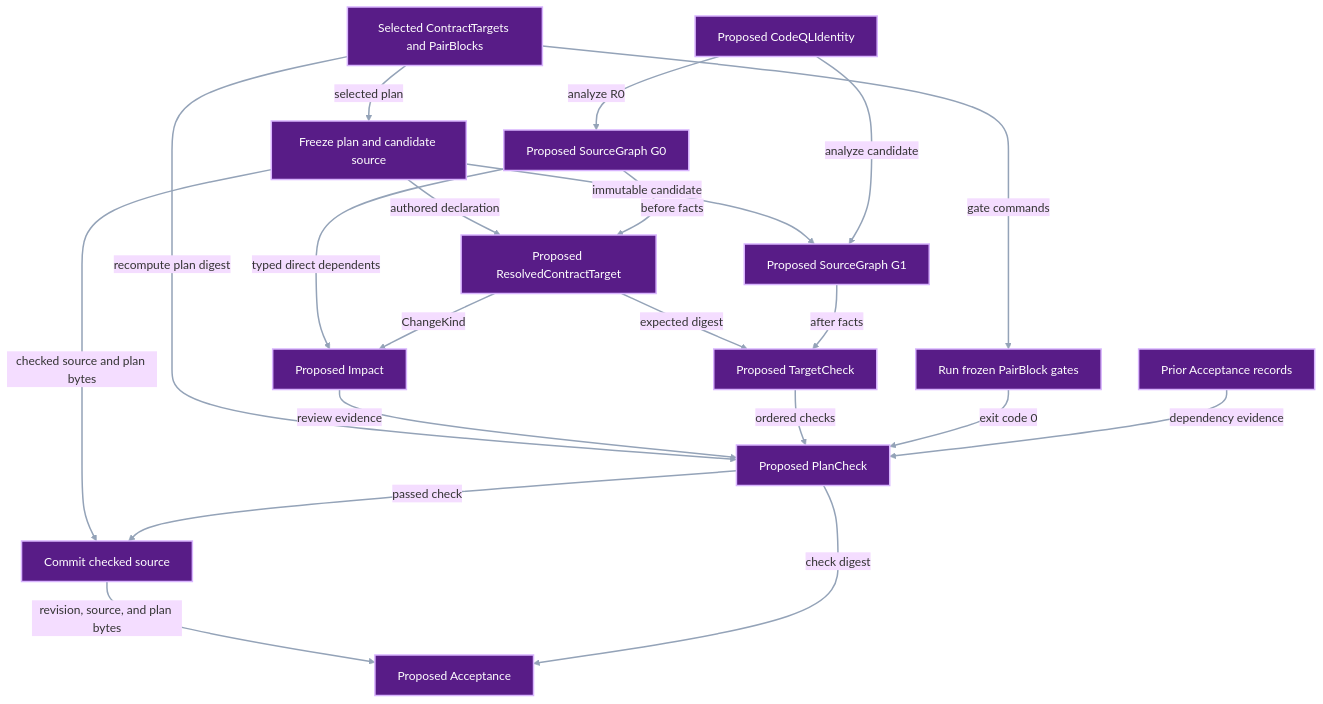
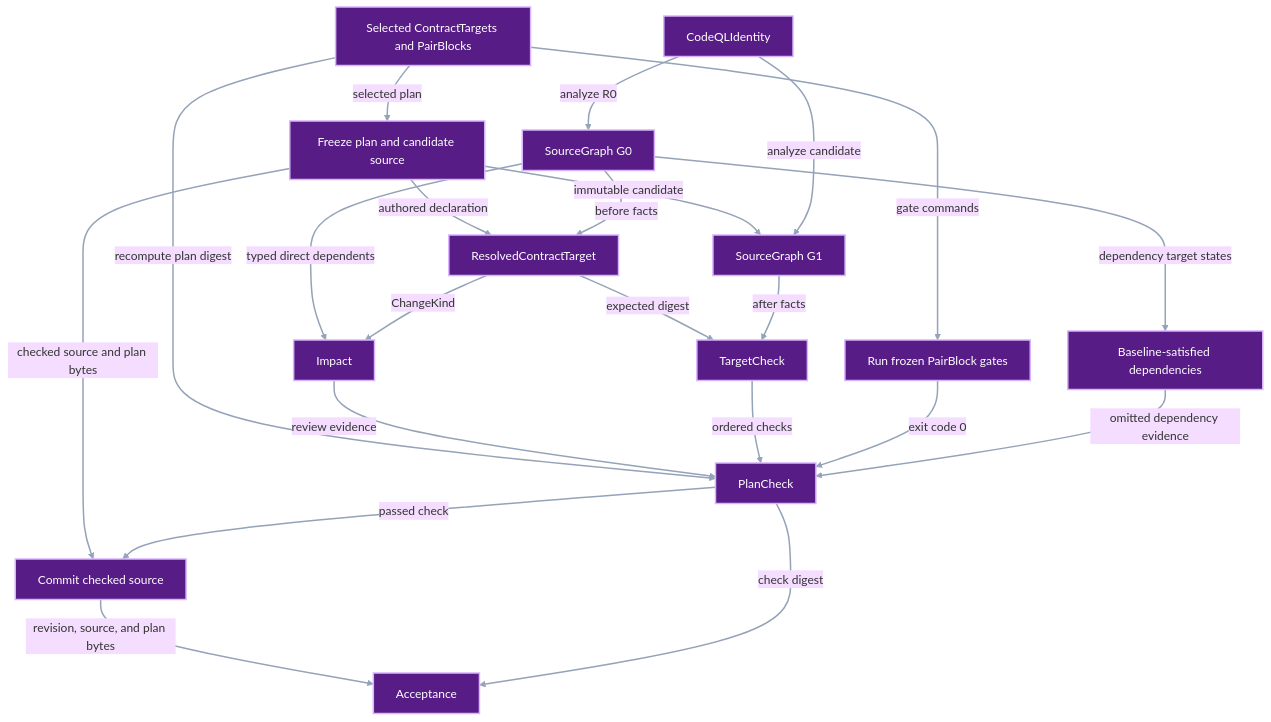
Before and after one commit to pvd232/viper: the second of 5 diagrams in docs/development/system-impact-compiler.md, drawn with Mermaid (base theme). The commit also changed other lines of this file and 32 other files, not shown here.

Commit message:
Implement System Impact check stack

````diff
--- a/docs/development/system-impact-compiler.md
+++ b/docs/development/system-impact-compiler.md
@@ -144,41 +146,42 @@
 ```mermaid
 flowchart TB
     Plan["Selected ContractTargets and PairBlocks"]
     Freeze["Freeze plan and candidate source"]
-    Identity["Proposed CodeQLIdentity"]
-    Baseline["Proposed SourceGraph G0"]
-    Impact["Proposed Impact"]
-    Realized["Proposed SourceGraph G1"]
-    Resolved["Proposed ResolvedContractTarget"]
-    Target["Proposed TargetCheck"]
+    Identity["CodeQLIdentity"]
+    Baseline["SourceGraph G0"]
+    Impact["Impact"]
+    Realized["SourceGraph G1"]
+    Resolved["ResolvedContractTarget"]
+    Target["TargetCheck"]
     Gates["Run frozen PairBlock gates"]
-    Prior["Prior Acceptance records"]
-    Check["Proposed PlanCheck"]
+    Dependencies["Baseline-satisfied dependencies"]
+    Check["PlanCheck"]
     Commit["Commit checked source"]
-    Acceptance["Proposed Acceptance"]
+    Acceptance["Acceptance"]
 
     Plan -->|"selected plan"| Freeze
     Plan -->|"recompute plan digest"| Check
     Identity -->|"analyze R0"| Baseline
     Baseline -->|"typed direct dependents"| Impact
     Freeze -->|"authored declaration"| Resolved
     Freeze -->|"immutable candidate"| Realized
     Identity -->|"analyze candidate"| Realized
     Baseline -->|"before facts"| Resolved
     Resolved -->|"ChangeKind"| Impact
     Resolved -->|"expected digest"| Target
     Realized -->|"after facts"| Target
     Impact -->|"review evidence"| Check
     Target -->|"ordered checks"| Check
     Plan -->|"gate commands"| Gates
     Gates -->|"exit code 0"| Check
-    Prior -->|"dependency evidence"| Check
+    Baseline -->|"dependency target states"| Dependencies
+    Dependencies -->|"omitted dependency evidence"| Check
     Freeze -->|"checked source and plan bytes"| Commit
     Check -->|"passed check"| Commit
     Commit -->|"revision, source, and plan bytes"| Acceptance
     Check -->|"check digest"| Acceptance
 
-    class Plan,Freeze,Identity,Baseline,Impact,Realized,Resolved,Target,Gates,Prior,Check,Commit,Acceptance proposed
+    class Plan,Freeze,Identity,Baseline,Impact,Realized,Resolved,Target,Gates,Dependencies,Check,Commit,Acceptance proposed
     classDef proposed fill:#581c87,stroke:#d8b4fe,color:#ffffff,stroke-width:2px
     linkStyle default stroke:#94a3b8,stroke-width:2px
 ```
````
